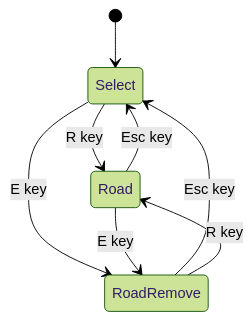
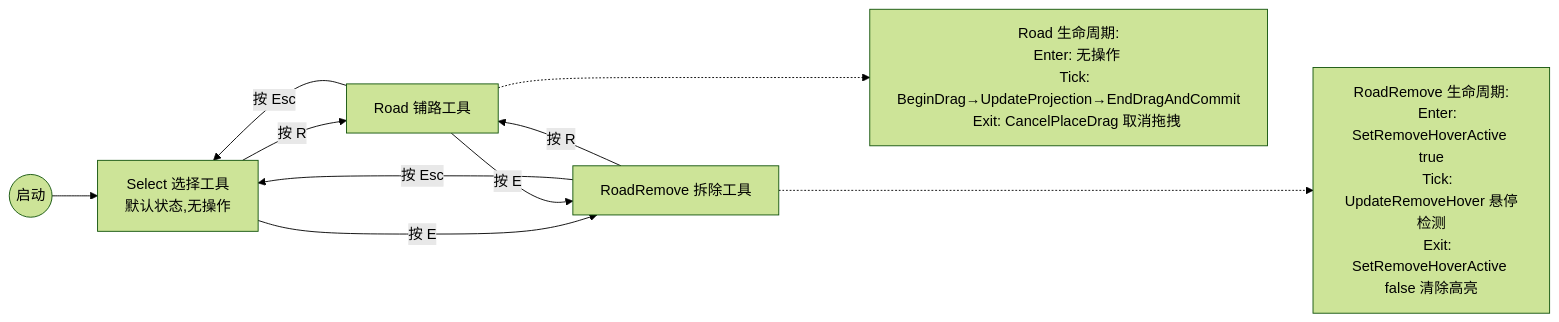
Before and after one commit to xianfishyu/SimpleCities: the fifth of 9 diagrams in docs/game-logic.md, drawn with Mermaid (forest theme). The commit also changed other lines of this file, not shown here.

First line of the commit message:
#重写：图2/3/5改用flowchart替代sequenceDiagram/stateDiagram

````diff
--- a/docs/game-logic.md
+++ b/docs/game-logic.md
@@ -231,13 +279,26 @@
 ```mermaid
-stateDiagram-v2
-    [*] --> Select
+flowchart LR
+    Start((启动)) --> Select
 
-    Select --> Road: R key
-    Select --> RoadRemove: E key
+    Select["Select 选择工具<br>默认状态,无操作"] -->|"按 R"| Road["Road 铺路工具"]
+    Select -->|"按 E"| Remove["RoadRemove 拆除工具"]
 
-    Road --> Select: Esc key
-    Road --> RoadRemove: E key
+    Road -->|"按 Esc"| Select
+    Road -->|"按 E"| Remove
+    Remove -->|"按 Esc"| Select
+    Remove -->|"按 R"| Road
 
-    RoadRemove --> Select: Esc key
-    RoadRemove --> Road: R key
+    Road -...-> RN["
+    Road 生命周期:
+    Enter: 无操作
+    Tick: BeginDrag→UpdateProjection→EndDragAndCommit
+    Exit: CancelPlaceDrag 取消拖拽
+    "]
+
+    Remove -...-> RMN["
+    RoadRemove 生命周期:
+    Enter: SetRemoveHoverActive true
+    Tick: UpdateRemoveHover 悬停检测
+    Exit: SetRemoveHoverActive false 清除高亮
+    "]
 ```
````
